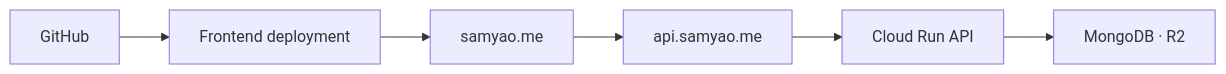
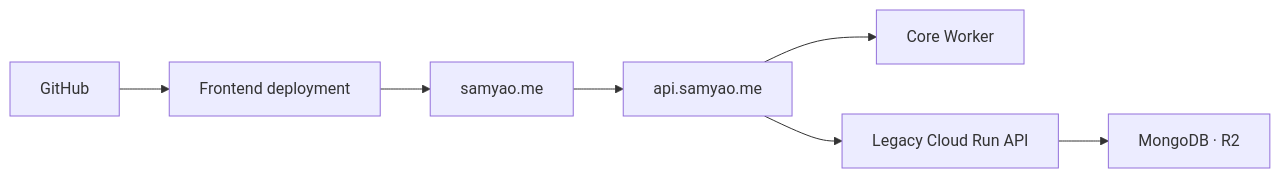
The third of 3 diagrams in README.md (orion-ai-club/orion-frontend), drawn with Mermaid before and after one commit. The commit also changed other lines of this file and 1 other file, not shown here.

````diff
--- a/README.md
+++ b/README.md
@@ -263,8 +262,9 @@
 ```mermaid
 flowchart LR
     GitHub["GitHub"] --> FrontendDeploy["Frontend deployment"]
     FrontendDeploy --> Site["samyao.me"]
     Site --> Edge["api.samyao.me"]
-    Edge --> CloudRun["Cloud Run API"]
+    Edge --> Core["Core Worker"]
+    Edge --> CloudRun["Legacy Cloud Run API"]
     CloudRun --> Data["MongoDB · R2"]
 ```
````
